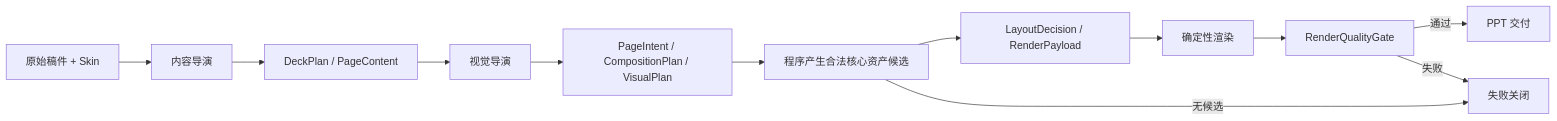
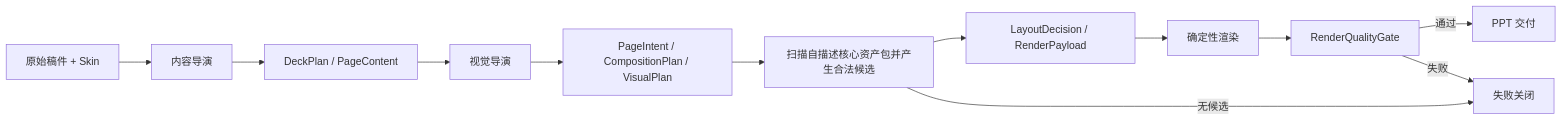
One commit to NEUwpy/PPagenT changed the first of 2 diagrams in docs/工作流/正式生成/工作流.md. Above: the diagram before and after it, drawn with Mermaid. The commit also changed other lines of this file and 28 other files, not shown here.

````diff
--- a/docs/工作流/正式生成/工作流.md
+++ b/docs/工作流/正式生成/工作流.md
@@ -7,14 +7,14 @@
 ```mermaid
 flowchart LR
     A["原始稿件 + Skin"] --> B["内容导演"]
     B --> C["DeckPlan / PageContent"]
     C --> D["视觉导演"]
     D --> E["PageIntent / CompositionPlan / VisualPlan"]
-    E --> F["程序产生合法核心资产候选"]
+    E --> F["扫描自描述核心资产包并产生合法候选"]
     F --> G["LayoutDecision / RenderPayload"]
     G --> H["确定性渲染"]
     H --> I["RenderQualityGate"]
     I -->|通过| J["PPT 交付"]
     I -->|失败| K["失败关闭"]
     F -->|无候选| K
 ```
````
